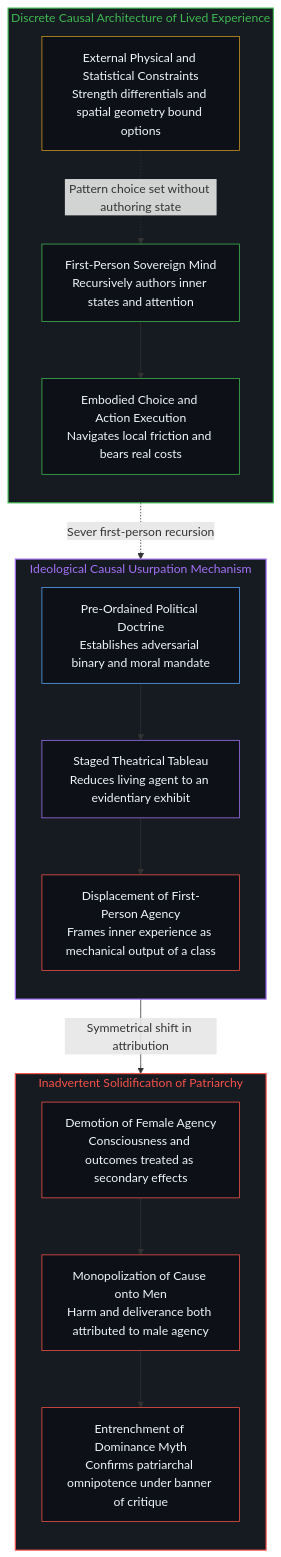
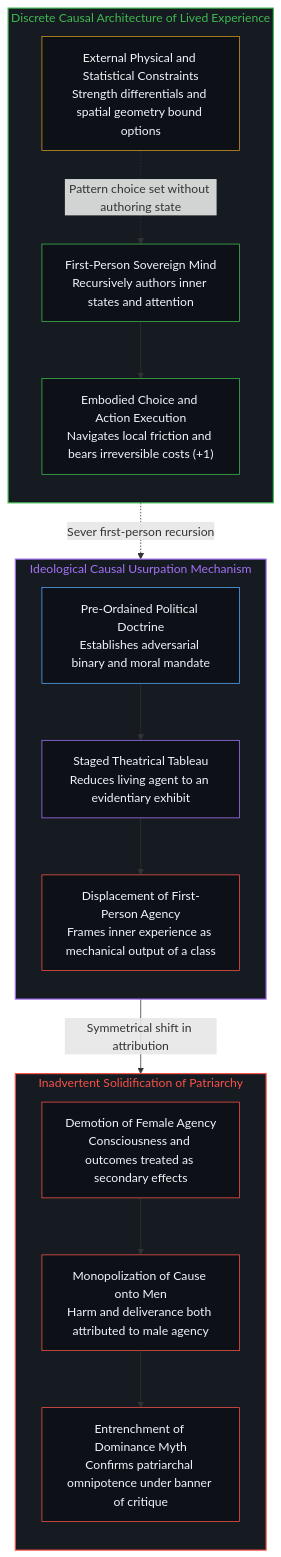
The second of 4 diagrams in content/posts/the-moral-reversal-and-the-scripted-subject.md (powerpig99/not-a-toe), drawn with Mermaid before and after one commit. The commit also changed other lines of this file and 7 other files, not shown here.

````diff
--- a/content/posts/the-moral-reversal-and-the-scripted-subject.md
+++ b/content/posts/the-moral-reversal-and-the-scripted-subject.md
@@ -75,37 +70,32 @@
 ```mermaid
 graph TD
     subgraph S_LivingReal ["Discrete Causal Architecture of Lived Experience"]
         direction TB
-        LR1["First-Person Sovereign Mind<br/>Recursively authors inner states and attention"] --> LR2["Embodied Choice and Action Execution<br/>Navigates local friction and bears real costs"]
+        LR1["First-Person Sovereign Mind<br/>Recursively authors inner states and attention"] --> LR2["Embodied Choice and Action Execution<br/>Navigates local friction and bears irreversible costs (+1)"]
         LR3["External Physical and Statistical Constraints<br/>Strength differentials and spatial geometry bound options"] -.->|"Pattern choice set without authoring state"| LR1
     end
-
     subgraph S_StagedInversion ["Ideological Causal Usurpation Mechanism"]
         direction TB
         SI1["Pre-Ordained Political Doctrine<br/>Establishes adversarial binary and moral mandate"] --> SI2["Staged Theatrical Tableau<br/>Reduces living agent to an evidentiary exhibit"]
         SI2 --> SI3["Displacement of First-Person Agency<br/>Frames inner experience as mechanical output of a class"]
     end
-
     subgraph S_SolidifyParadox ["Inadvertent Solidification of Patriarchy"]
         direction TB
         SP1["Demotion of Female Agency<br/>Consciousness and outcomes treated as secondary effects"] --> SP2["Monopolization of Cause onto Men<br/>Harm and deliverance both attributed to male agency"]
         SP2 --> SP3["Entrenchment of Dominance Myth<br/>Confirms patriarchal omnipotence under banner of critique"]
     end
-
     LR1 -.->|"Sever first-person recursion"| SI2
     SI3 -->|"Symmetrical shift in attribution"| SP1
-
     style S_LivingReal fill:#161b22,stroke:#3fb950,stroke-width:1.5px,color:#3fb950
     style S_StagedInversion fill:#161b22,stroke:#a371f7,stroke-width:1.5px,color:#a371f7
     style S_SolidifyParadox fill:#161b22,stroke:#f85149,stroke-width:1.5px,color:#f85149
-
     style LR1 fill:#0d1117,stroke:#3fb950,stroke-width:1px,color:#f0f6fc
     style LR2 fill:#0d1117,stroke:#3fb950,stroke-width:1px,color:#f0f6fc
     style LR3 fill:#0d1117,stroke:#d29922,stroke-width:1px,color:#f0f6fc
     style SI1 fill:#0d1117,stroke:#58a6ff,stroke-width:1px,color:#f0f6fc
     style SI2 fill:#0d1117,stroke:#a371f7,stroke-width:1px,color:#f0f6fc
     style SI3 fill:#0d1117,stroke:#f85149,stroke-width:1px,color:#f0f6fc
     style SP1 fill:#0d1117,stroke:#f85149,stroke-width:1px,color:#f0f6fc
     style SP2 fill:#0d1117,stroke:#f85149,stroke-width:1px,color:#f0f6fc
     style SP3 fill:#0d1117,stroke:#f85149,stroke-width:1px,color:#f0f6fc
 ```
````
